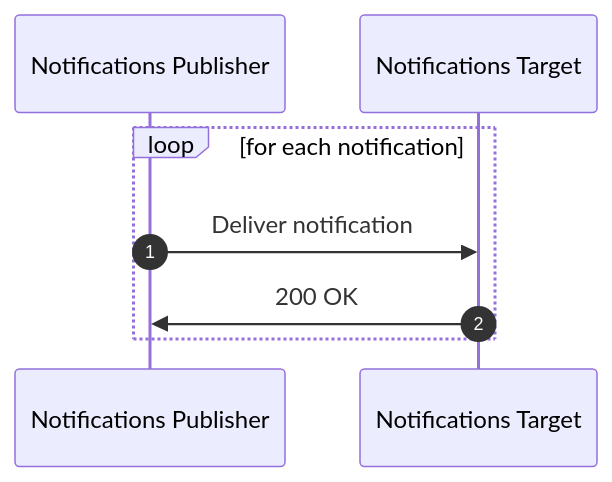
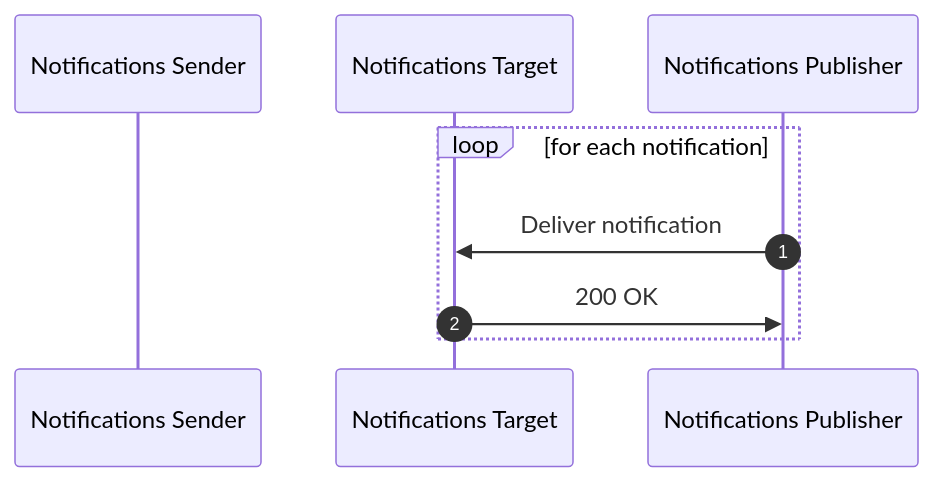
One commit to solid/notifications changed the diagram in notifications-flow-target.mmd. Above: the diagram before and after it, drawn with Mermaid.

```diff
--- a/notifications-flow-target.mmd
+++ b/notifications-flow-target.mmd
@@ -1,9 +1,9 @@
 sequenceDiagram
   autonumber
-  participant Notifications Publisher
+  participant Notifications Sender
   participant Notifications Target
 
   loop for each notification
     Notifications Publisher ->> Notifications Target: Deliver notification
     Notifications Target ->> Notifications Publisher: 200 OK
   end
```
